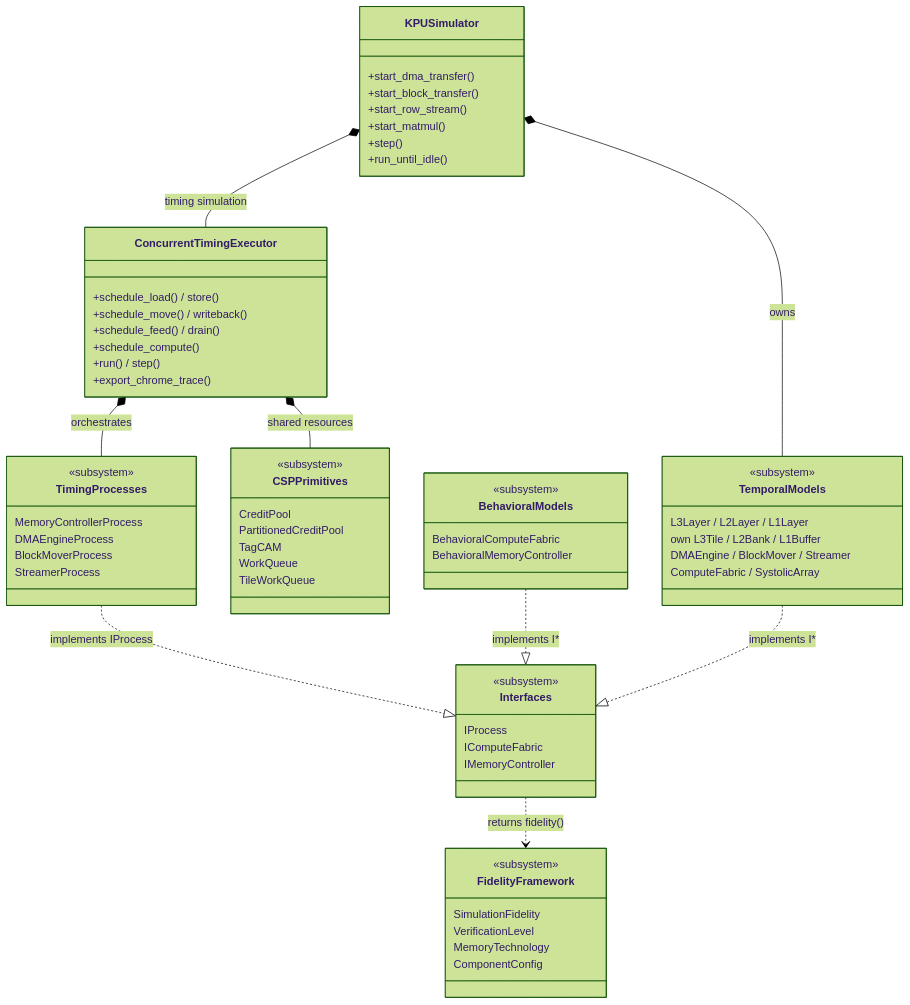
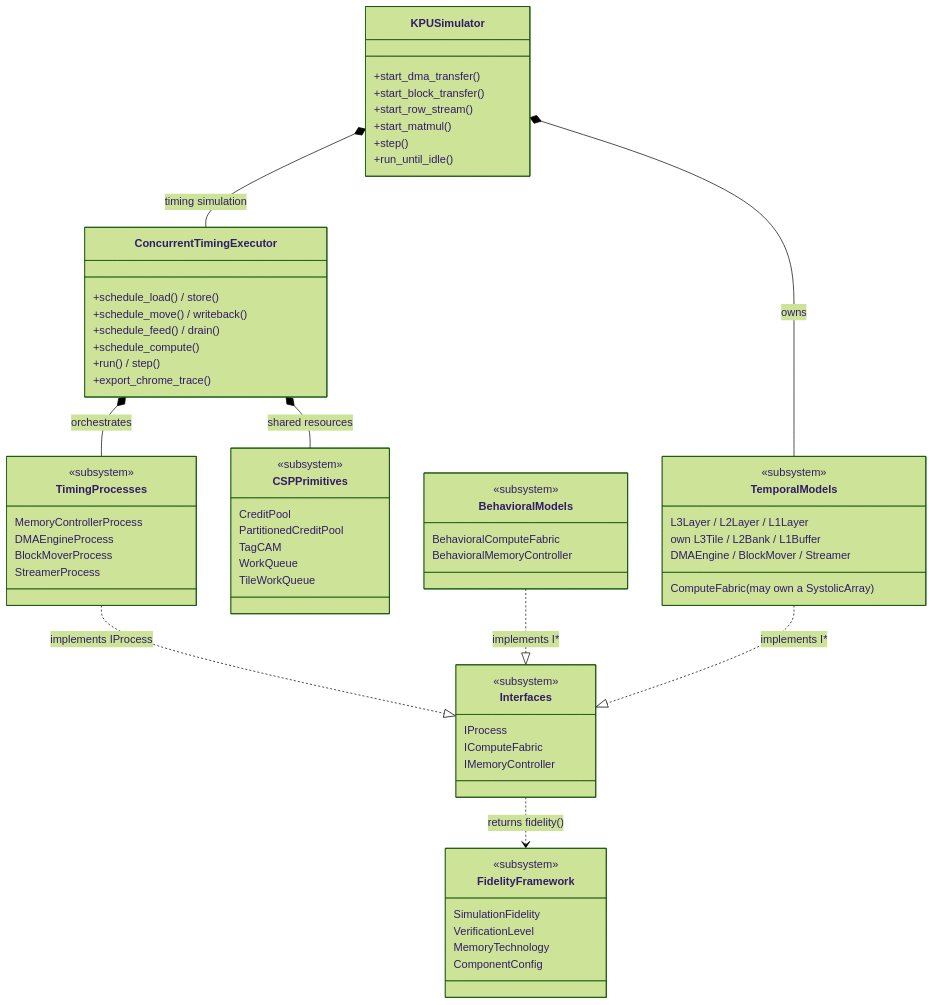
The first of 7 diagrams in docs/architecture/class-diagram.md (stillwater-sc/kpu-sim), drawn with Mermaid (forest theme) before and after one commit. The commit also changed other lines of this file and 1 other file, not shown here.

First line of the commit message:
docs: the ComputeFabric is a domain flow engine, not a systolic array (#290)

````diff
--- a/docs/architecture/class-diagram.md
+++ b/docs/architecture/class-diagram.md
@@ -19,75 +19,75 @@
 ```mermaid
 classDiagram
     class KPUSimulator {
         +start_dma_transfer()
         +start_block_transfer()
         +start_row_stream()
         +start_matmul()
         +step()
         +run_until_idle()
     }
 
     class ConcurrentTimingExecutor {
         +schedule_load() / store()
         +schedule_move() / writeback()
         +schedule_feed() / drain()
         +schedule_compute()
         +run() / step()
         +export_chrome_trace()
     }
 
     class TimingProcesses {
         <<subsystem>>
         MemoryControllerProcess
         DMAEngineProcess
         BlockMoverProcess
         StreamerProcess
     }
 
     class CSPPrimitives {
         <<subsystem>>
         CreditPool
         PartitionedCreditPool
         TagCAM
         WorkQueue
         TileWorkQueue
     }
 
     class TemporalModels {
         <<subsystem>>
         L3Layer / L2Layer / L1Layer
         own L3Tile / L2Bank / L1Buffer
         DMAEngine / BlockMover / Streamer
-        ComputeFabric / SystolicArray
+        ComputeFabric (may own a SystolicArray)
     }
 
     class BehavioralModels {
         <<subsystem>>
         BehavioralComputeFabric
         BehavioralMemoryController
     }
 
     class Interfaces {
         <<subsystem>>
         IProcess
         IComputeFabric
         IMemoryController
     }
 
     class FidelityFramework {
         <<subsystem>>
         SimulationFidelity
         VerificationLevel
         MemoryTechnology
         ComponentConfig
     }
 
     KPUSimulator *-- TemporalModels : owns
     KPUSimulator *-- ConcurrentTimingExecutor : timing simulation
     ConcurrentTimingExecutor *-- TimingProcesses : orchestrates
     ConcurrentTimingExecutor *-- CSPPrimitives : shared resources
     TimingProcesses ..|> Interfaces : implements IProcess
     BehavioralModels ..|> Interfaces : implements I*
     TemporalModels ..|> Interfaces : implements I*
     Interfaces ..> FidelityFramework : returns fidelity()
 ```
````
